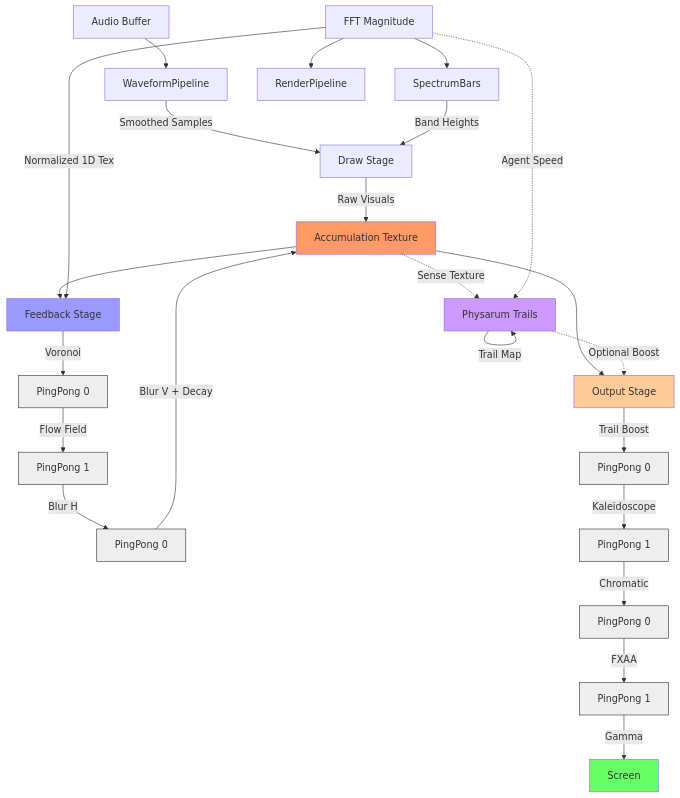
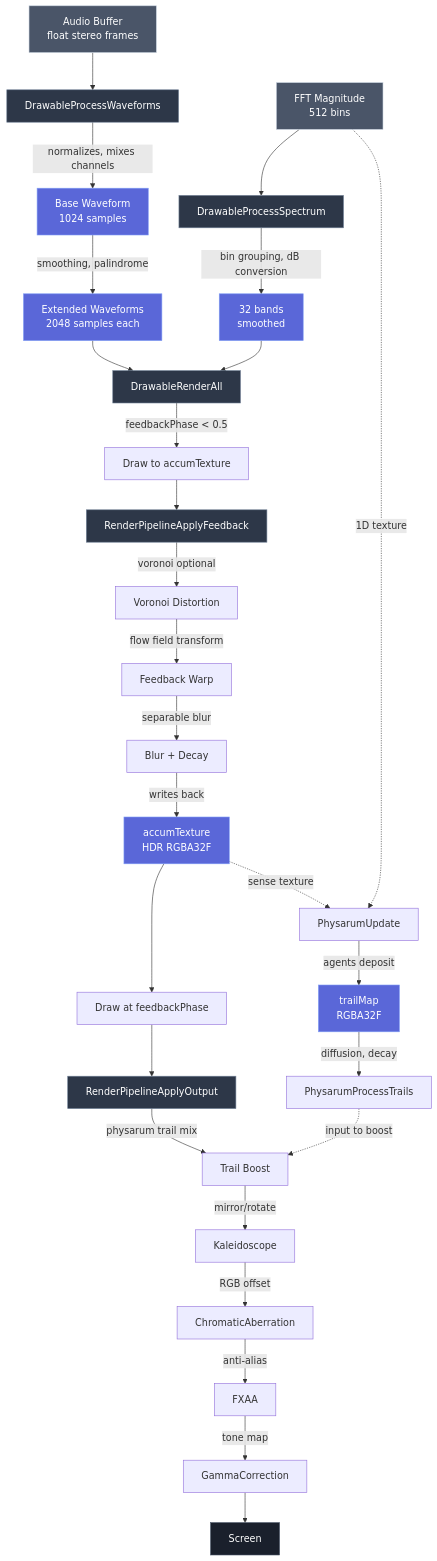
One commit to EvanLavender13/audio-jones changed the diagram in docs/modules/render.md. Above: the diagram before and after it, drawn with Mermaid. The commit also changed other lines of this file and 9 other files, not shown here.

First line of the commit message:
Add git-based change detection to sync-architecture command

````diff
--- a/docs/modules/render.md
+++ b/docs/modules/render.md
@@ -20,40 +24,52 @@
 ```mermaid
-flowchart TD
-    A[Audio Buffer] --> WP[WaveformPipeline]
-    FFT[FFT Magnitude] --> SB[SpectrumBars]
-    FFT --> RP[RenderPipeline]
+graph TD
+    %% Input stage
+    AudioBuffer[Audio Buffer<br/>float stereo frames] --> DrawableProcessWaveforms
+    FFTMagnitude[FFT Magnitude<br/>512 bins] --> DrawableProcessSpectrum
 
-    WP --> |Smoothed Samples|DRAW[Draw Stage]
-    SB --> |Band Heights|DRAW
+    %% Processing stage
+    DrawableProcessWaveforms --> |normalizes, mixes channels| WaveformBase[Base Waveform<br/>1024 samples]
+    WaveformBase --> |smoothing, palindrome| WaveformExtended[Extended Waveforms<br/>2048 samples each]
+    DrawableProcessSpectrum --> |bin grouping, dB conversion| SpectrumBands[32 bands<br/>smoothed]
 
-    DRAW --> |Raw Visuals|ACCUM[Accumulation Texture]
-    ACCUM --> FB[Feedback Stage]
-    FFT --> |Normalized 1D Tex|FB
+    %% Rendering stage
+    WaveformExtended --> DrawableRenderAll
+    SpectrumBands --> DrawableRenderAll
+    DrawableRenderAll --> |feedbackPhase < 0.5| PreFeedbackDraw[Draw to accumTexture]
 
-    FB --> |Voronoi|PP1[PingPong 0]
-    PP1 --> |Flow Field|PP2[PingPong 1]
-    PP2 --> |Blur H|PP3[PingPong 0]
-    PP3 --> |Blur V + Decay|ACCUM
+    %% Feedback pipeline
+    PreFeedbackDraw --> RenderPipelineApplyFeedback
+    RenderPipelineApplyFeedback --> |voronoi optional| VoronoiPass[Voronoi Distortion]
+    VoronoiPass --> |flow field transform| FeedbackPass[Feedback Warp]
+    FeedbackPass --> |separable blur| BlurPass[Blur + Decay]
+    BlurPass --> |writes back| AccumTexture[accumTexture<br/>HDR RGBA32F]
 
-    ACCUM --> OUT[Output Stage]
-    PHYS[Physarum Trails] -.->|Optional Boost|OUT
+    %% Post-feedback draw
+    AccumTexture --> PostFeedbackDraw[Draw at feedbackPhase]
+    PostFeedbackDraw --> RenderPipelineApplyOutput
 
-    OUT --> |Trail Boost|OP1[PingPong 0]
-    OP1 --> |Kaleidoscope|OP2[PingPong 1]
-    OP2 --> |Chromatic|OP3[PingPong 0]
-    OP3 --> |FXAA|OP4[PingPong 1]
-    OP4 --> |Gamma|SCREEN[Screen]
+    %% Output pipeline
+    RenderPipelineApplyOutput --> |physarum trail mix| TrailBoost[Trail Boost]
+    TrailBoost --> |mirror/rotate| Kaleidoscope
+    Kaleidoscope --> |RGB offset| ChromaticAberration
+    ChromaticAberration --> |anti-alias| FXAA
+    FXAA --> |tone map| GammaCorrection
+    GammaCorrection --> Screen[Screen]
 
-    ACCUM -.->|Sense Texture|PHYS
-    FFT -.->|Agent Speed|PHYS
-    PHYS --> |Trail Map|PHYS
+    %% Physarum simulation
+    FFTMagnitude -.->|1D texture| PhysarumUpdate
+    AccumTexture -.->|sense texture| PhysarumUpdate
+    PhysarumUpdate --> |agents deposit| TrailMap[trailMap<br/>RGBA32F]
+    TrailMap --> |diffusion, decay| PhysarumProcessTrails
+    PhysarumProcessTrails -.->|input to boost| TrailBoost
 
-    style ACCUM fill:#f96
-    style SCREEN fill:#6f6
-    style FB fill:#99f
-    style OUT fill:#fc9
-    style PHYS fill:#c9f
+    classDef input fill:#4a5568,stroke:#cbd5e0,color:#fff
+    classDef process fill:#2d3748,stroke:#718096,color:#fff
+    classDef output fill:#1a202c,stroke:#4a5568,color:#fff
+    classDef texture fill:#5a67d8,stroke:#7f9cf5,color:#fff
 
-    classDef buffer fill:#eee,stroke:#333
-    class PP1,PP2,PP3,OP1,OP2,OP3,OP4 buffer
+    class AudioBuffer,FFTMagnitude input
+    class DrawableProcessWaveforms,DrawableProcessSpectrum,DrawableRenderAll,RenderPipelineApplyFeedback,RenderPipelineApplyOutput process
+    class WaveformBase,WaveformExtended,SpectrumBands,AccumTexture,TrailMap texture
+    class Screen output
 ```
````
